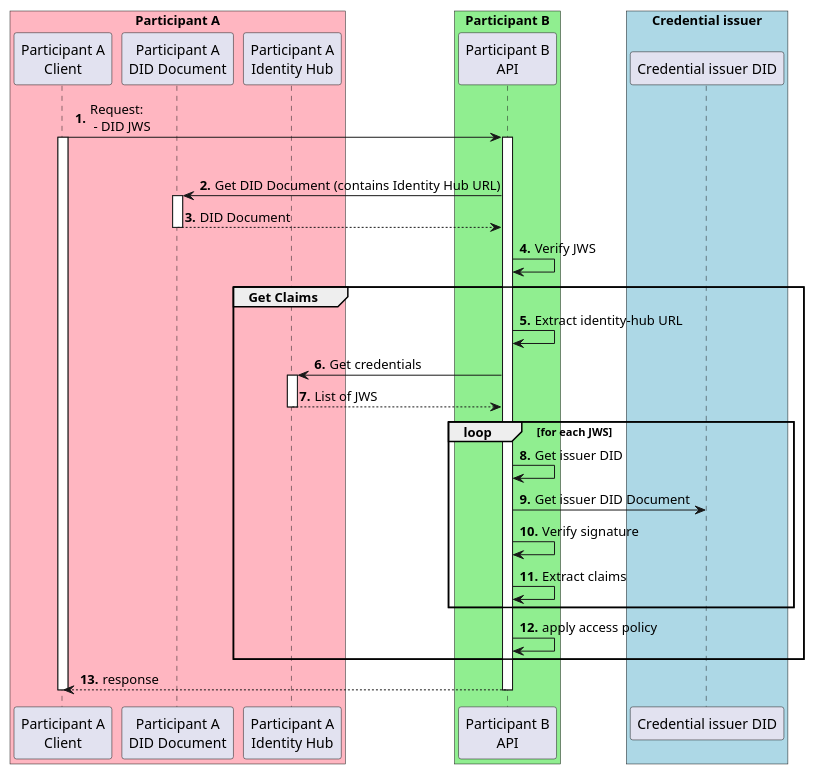
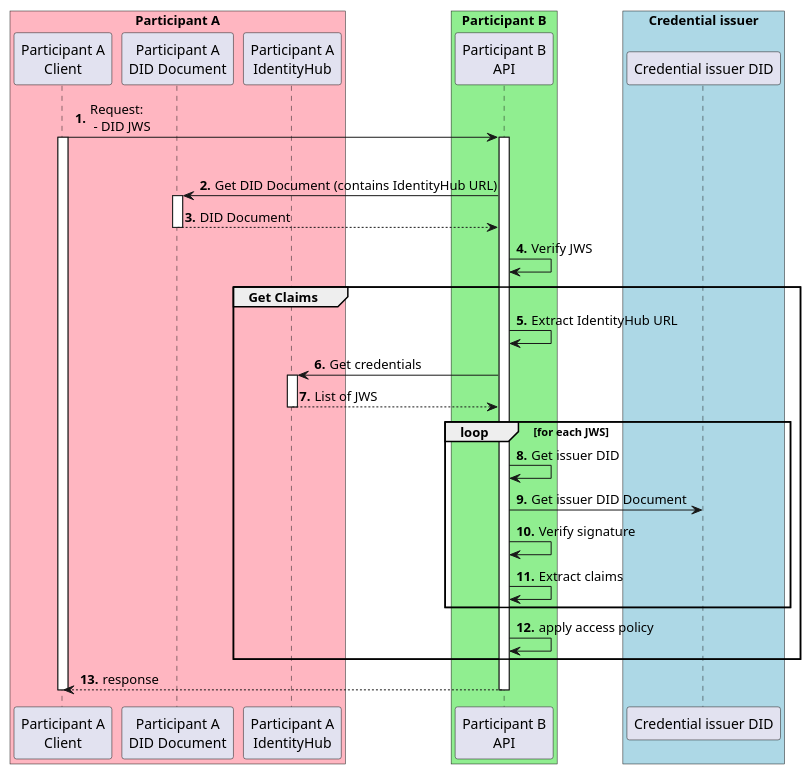
One commit to agera-edc/IdentityHub changed the diagram in docs/developer/decision-records/2022-07-01-get-claims/apply-policies-flow.puml. Above: the diagram before and after it, drawn with PlantUML. The commit also changed 2 other files, not shown here.

Commit message:
Used consistent IdentityHub name.

```diff
--- a/docs/developer/decision-records/2022-07-01-get-claims/apply-policies-flow.puml
+++ b/docs/developer/decision-records/2022-07-01-get-claims/apply-policies-flow.puml
@@ -1,35 +1,35 @@
 @startuml
 autonumber "<b>0'.'"
 box "Participant A" #LightPink
 Participant "Participant A\nClient" as ParticipantA
 Participant "Participant A\nDID Document" as DID
-Participant "Participant A\nIdentity Hub" as IDHUB
+Participant "Participant A\nIdentityHub" as IDHUB
 end box
 box "Participant B" #LightGreen
 Participant "Participant B\nAPI" as B
 end box
 box "Credential issuer" #LightBlue
 Participant "Credential issuer DID" as ISSUER
 end box
 ParticipantA -> B ++: Request:\n - DID JWS
 activate ParticipantA
 group authorize request
-  B -> DID ++: Get DID Document (contains Identity Hub URL)
+  B -> DID ++: Get DID Document (contains IdentityHub URL)
   return DID Document
   B -> B: Verify JWS
   group Get Claims
-  B -> B: Extract identity-hub URL
+  B -> B: Extract IdentityHub URL
   B -> IDHUB ++: Get credentials
   return List of JWS
   loop for each JWS
   B -> B: Get issuer DID
   B -> ISSUER: Get issuer DID Document
   B -> B: Verify signature
   B -> B: Extract claims
   end
   B -> B: apply access policy
 end
 return response
 deactivate ParticipantA
 
 @enduml
```
